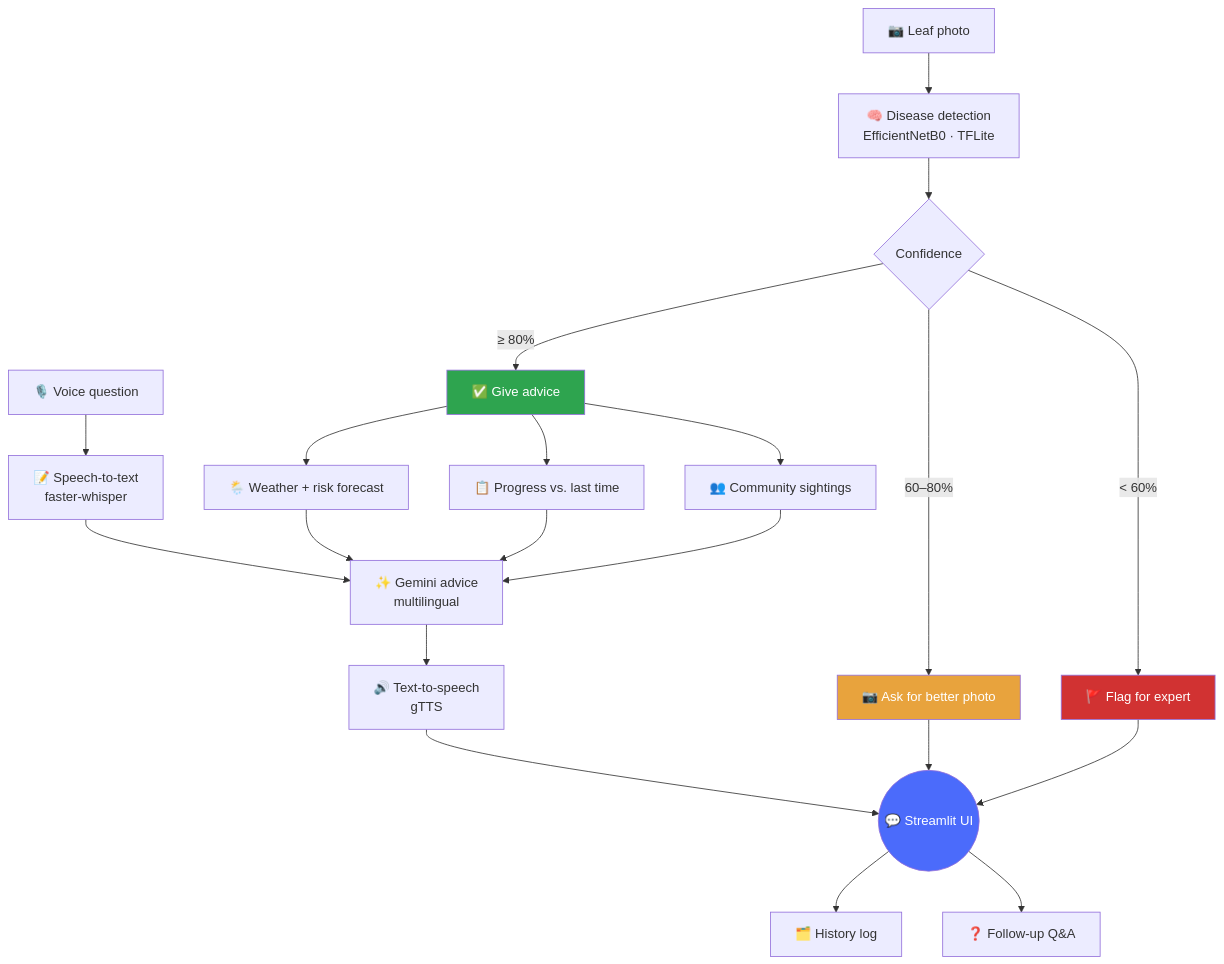
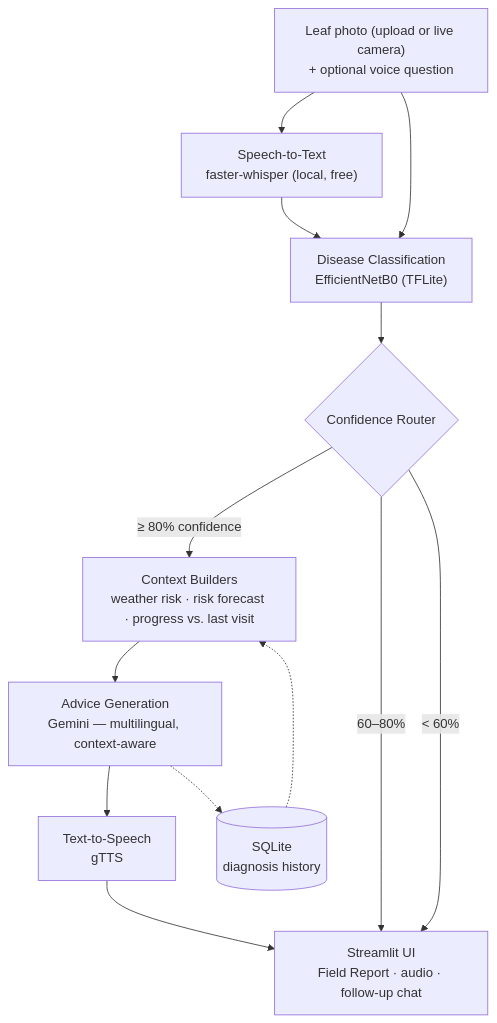
The diagram in README.md (Pcd0015/crop-disease-voice), drawn with Mermaid before and after one commit. The commit also changed other lines of this file, not shown here.

````diff
--- a/README.md
+++ b/README.md
@@ -59,30 +35,21 @@
 ```mermaid
 flowchart TD
-    A[📷 Leaf photo] --> B[🧠 Disease detection<br/>EfficientNetB0 · TFLite]
-    V[🎙️ Voice question] --> S[📝 Speech-to-text<br/>faster-whisper]
-    B --> C{Confidence}
-    C -->|"≥ 80%"| D[✅ Give advice]
-    C -->|"60–80%"| E[📷 Ask for better photo]
-    C -->|"< 60%"| F[🚩 Flag for expert]
+    IN["Leaf photo (upload or live camera)<br/>+ optional voice question"]
+    STT["Speech-to-Text<br/>faster-whisper (local, free)"]
+    CV["Disease Classification<br/>EfficientNetB0 (TFLite)"]
+    ROUTE{"Confidence Router"}
+    CTX["Context Builders<br/>weather risk · risk forecast · progress vs. last visit"]
+    LLM["Advice Generation<br/>Gemini — multilingual, context-aware"]
+    TTS["Text-to-Speech<br/>gTTS"]
+    UI["Streamlit UI<br/>Field Report · audio · follow-up chat"]
+    HIST[("SQLite<br/>diagnosis history")]
 
-    D --> G[🌦️ Weather + risk forecast]
-    D --> H[📋 Progress vs. last time]
-    D --> I[👥 Community sightings]
-    S --> J
-
-    G --> J[✨ Gemini advice<br/>multilingual]
-    H --> J
-    I --> J
-
-    J --> K[🔊 Text-to-speech<br/>gTTS]
-    K --> L((💬 Streamlit UI))
-    E --> L
-    F --> L
-    L --> M[🗂️ History log]
-    L --> N[❓ Follow-up Q&A]
-
-    style D fill:#2ea44f,color:#fff
-    style E fill:#e8a33d,color:#fff
-    style F fill:#d13232,color:#fff
-    style L fill:#4b6bfb,color:#fff
+    IN --> STT --> CV
+    IN --> CV
+    CV --> ROUTE
+    ROUTE -->|"≥ 80% confidence"| CTX --> LLM --> TTS --> UI
+    ROUTE -->|"60–80%"| UI
+    ROUTE -->|"< 60%"| UI
+    LLM -.-> HIST
+    HIST -.-> CTX
 ```
````
